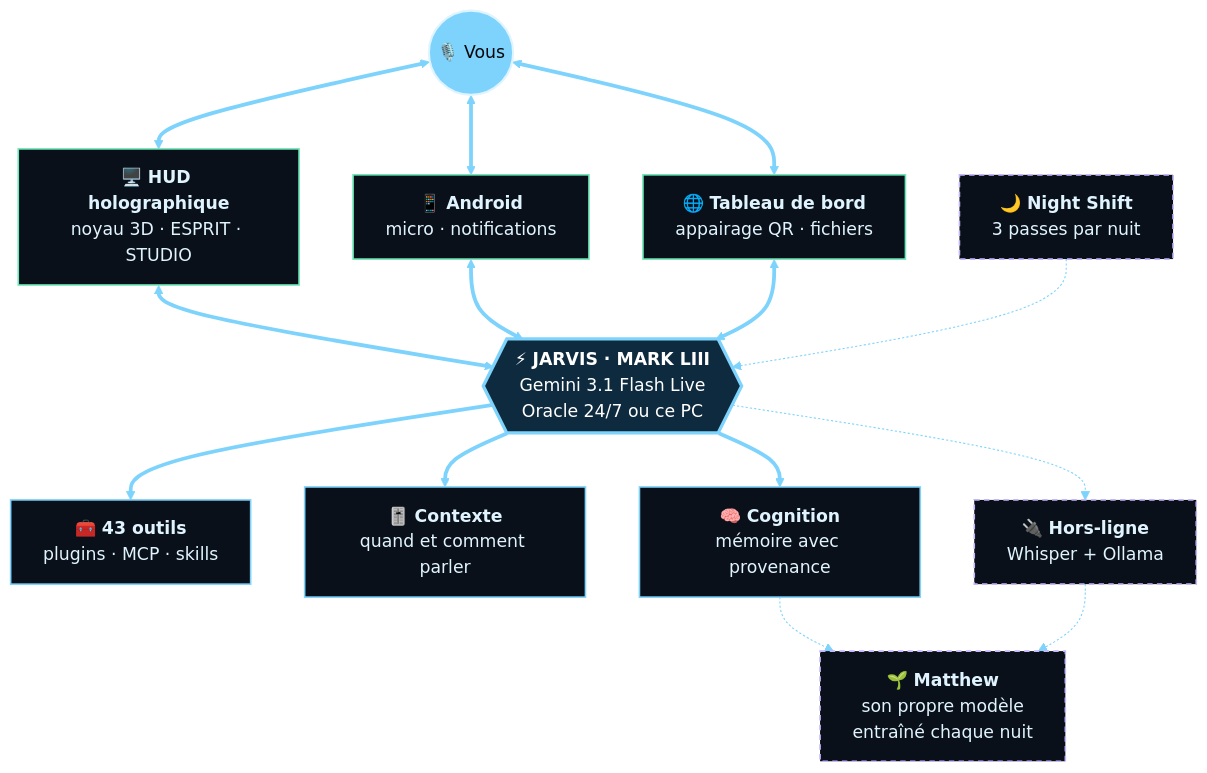
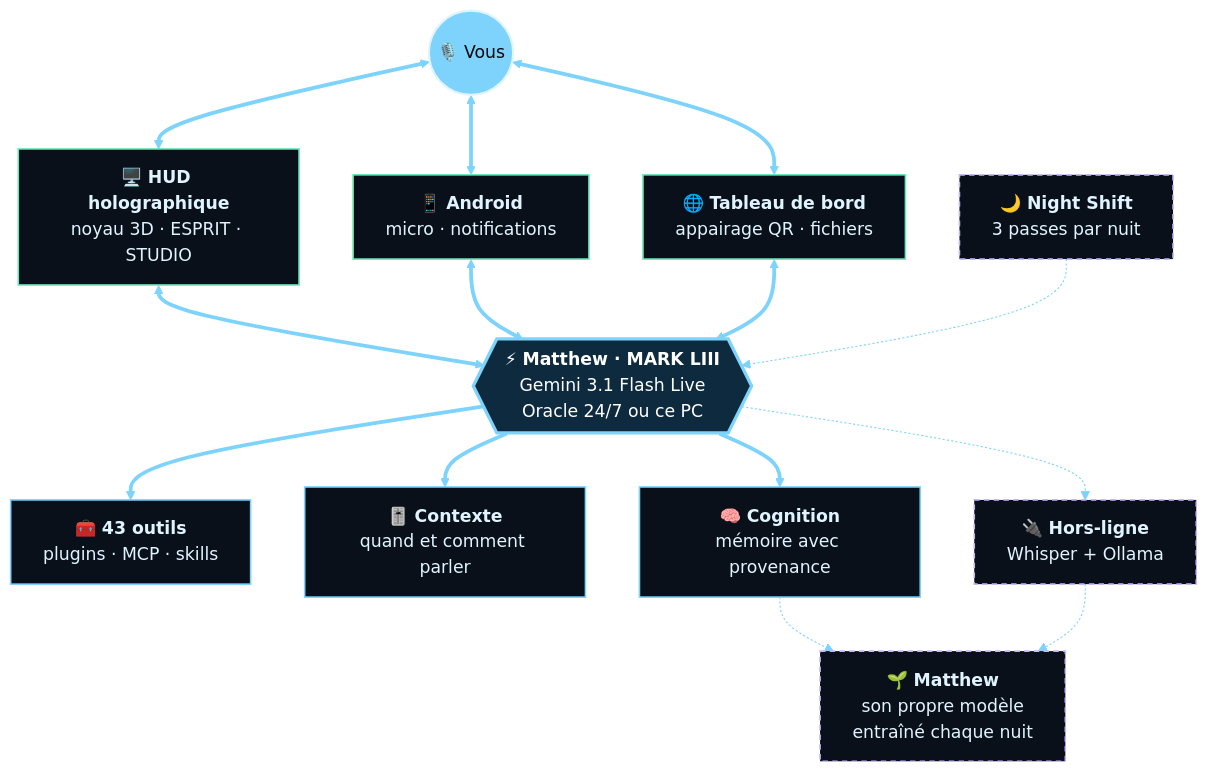
The first of 3 diagrams in readme.md (TeddyDARKVADOR/Jarvis_replacement_new), drawn with Mermaid before and after one commit. The commit also changed other lines of this file and 281 other files, not shown here.

First line of the commit message:
Renommage : JARVIS devient Matthew (textes) et matthew_assistant (code)

````diff
--- a/readme.md
+++ b/readme.md
@@ -19,37 +19,37 @@
 ```mermaid
 %%{init: {"theme": "base", "themeVariables": {"fontFamily": "Segoe UI, Helvetica, Arial", "fontSize": "16px", "primaryColor": "#0B1A2A", "primaryTextColor": "#E0F4FF", "primaryBorderColor": "#7DD3FC", "lineColor": "#7DD3FC", "edgeLabelBackground": "#0B1A2A"}}}%%
 flowchart TB
     you(("🎙️ Vous"))
 
     hud["🖥️ <b>HUD holographique</b><br/>noyau 3D · ESPRIT · STUDIO"]
     android["📱 <b>Android</b><br/>micro · notifications"]
     web["🌐 <b>Tableau de bord</b><br/>appairage QR · fichiers"]
 
-    live{{"⚡ <b>JARVIS · MARK LIII</b><br/>Gemini 3.1 Flash Live<br/>Oracle 24/7 ou ce PC"}}
+    live{{"⚡ <b>Matthew · MARK LIII</b><br/>Gemini 3.1 Flash Live<br/>Oracle 24/7 ou ce PC"}}
     night["🌙 <b>Night Shift</b><br/>3 passes par nuit"]
 
     tools["🧰 <b>43 outils</b><br/>plugins · MCP · skills"]
     ctx["🎚️ <b>Contexte</b><br/>quand et comment parler"]
     mind["🧠 <b>Cognition</b><br/>mémoire avec provenance"]
     offline["🔌 <b>Hors-ligne</b><br/>Whisper + Ollama"]
     matthew["🌱 <b>Matthew</b><br/>son propre modèle<br/>entraîné chaque nuit"]
 
     you <==> hud & android & web
     hud & android & web <==> live
     night -.-> live
     live ==> tools & ctx & mind
     live -.-> offline
     mind -.-> matthew
     offline -.-> matthew
 
     classDef core fill:#0E2A3F,stroke:#7DD3FC,stroke-width:3px,color:#FFFFFF
     classDef ui fill:#0A101A,stroke:#6EE7B7,stroke-width:1.5px,color:#E0F4FF
     classDef brain fill:#0A101A,stroke:#7DD3FC,stroke-width:1.5px,color:#E0F4FF
     classDef side fill:#0A101A,stroke:#C4B5FD,stroke-width:1.5px,color:#E0F4FF,stroke-dasharray:5 4
     classDef user fill:#7DD3FC,stroke:#E0F4FF,stroke-width:2px,color:#05070C
     class live core
     class hud,android,web ui
     class tools,ctx,mind brain
     class offline,night,matthew side
     class you user
 ```
````
